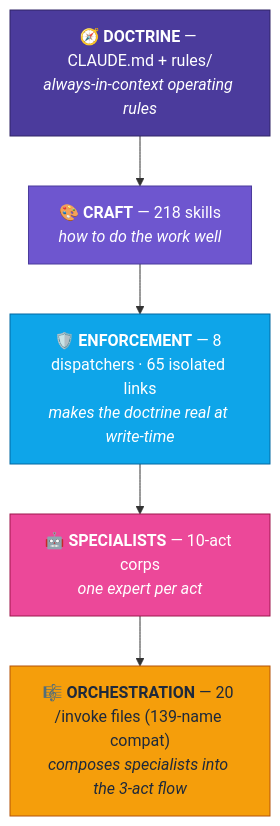
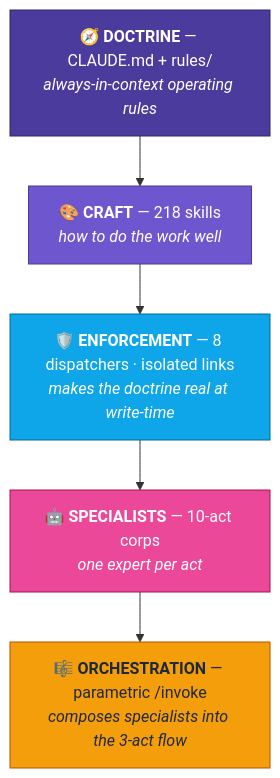
One commit to AjayIrkal23/agentic-mercy-10x changed the fifth of 5 diagrams in README.md. Above: the diagram before and after it, drawn with Mermaid. The commit also changed other lines of this file, not shown here.

````diff
--- a/README.md
+++ b/README.md
@@ -503,15 +491,15 @@
 ```mermaid
 flowchart TD
     L1["🧭 <b>DOCTRINE</b> — CLAUDE.md + rules/<br/><i>always-in-context operating rules</i>"]:::l1
     L2["🎨 <b>CRAFT</b> — 218 skills<br/><i>how to do the work well</i>"]:::l2
-    L3["🛡️ <b>ENFORCEMENT</b> — 8 dispatchers · 65 isolated links<br/><i>makes the doctrine real at write-time</i>"]:::l3
+    L3["🛡️ <b>ENFORCEMENT</b> — 8 dispatchers · isolated links<br/><i>makes the doctrine real at write-time</i>"]:::l3
     L4["🤖 <b>SPECIALISTS</b> — 10-act corps<br/><i>one expert per act</i>"]:::l4
-    L5["🎼 <b>ORCHESTRATION</b> — 20 /invoke files (139-name compat)<br/><i>composes specialists into the 3-act flow</i>"]:::l5
+    L5["🎼 <b>ORCHESTRATION</b> — parametric /invoke<br/><i>composes specialists into the 3-act flow</i>"]:::l5
     L1 --> L2 --> L3 --> L4 --> L5
 
     classDef l1 fill:#4B3B9C,stroke:#312566,color:#fff
     classDef l2 fill:#6E56CF,stroke:#4B3B9C,color:#fff
     classDef l3 fill:#0EA5E9,stroke:#0369A1,color:#fff
     classDef l4 fill:#EC4899,stroke:#9D174D,color:#fff
     classDef l5 fill:#F59E0B,stroke:#B45309,color:#1E293B
 ```
````
